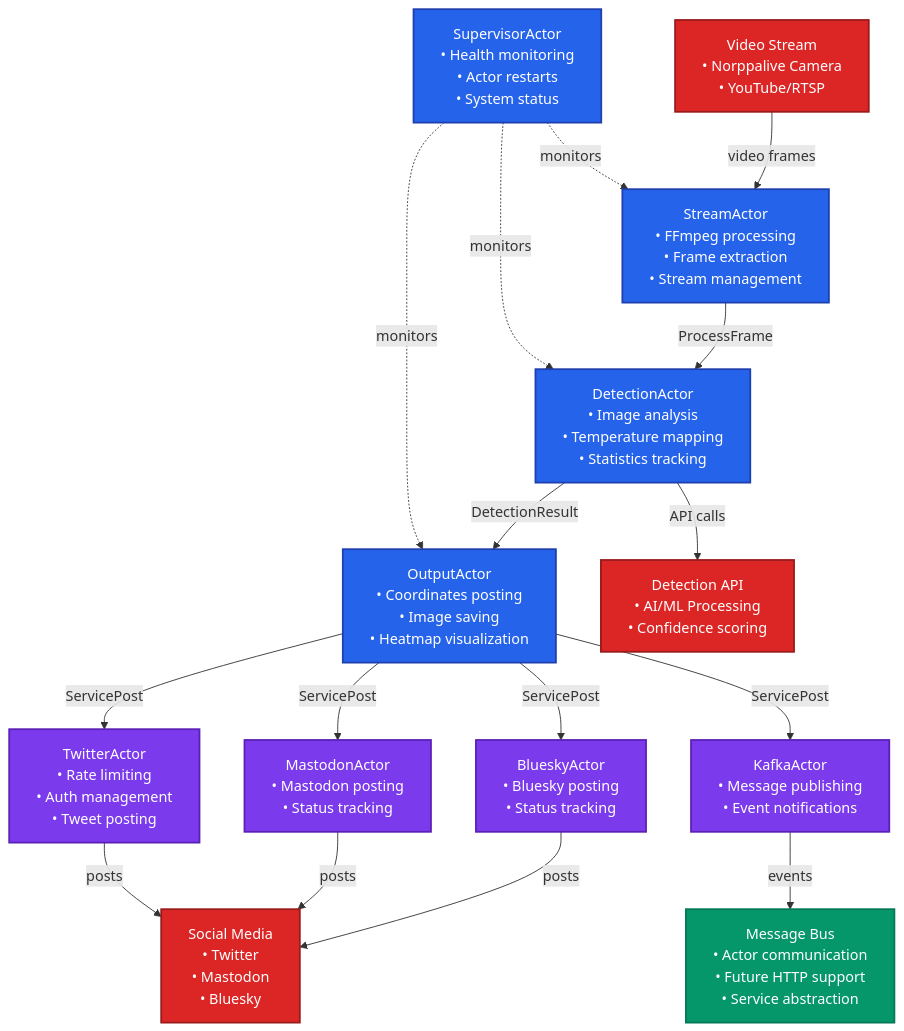
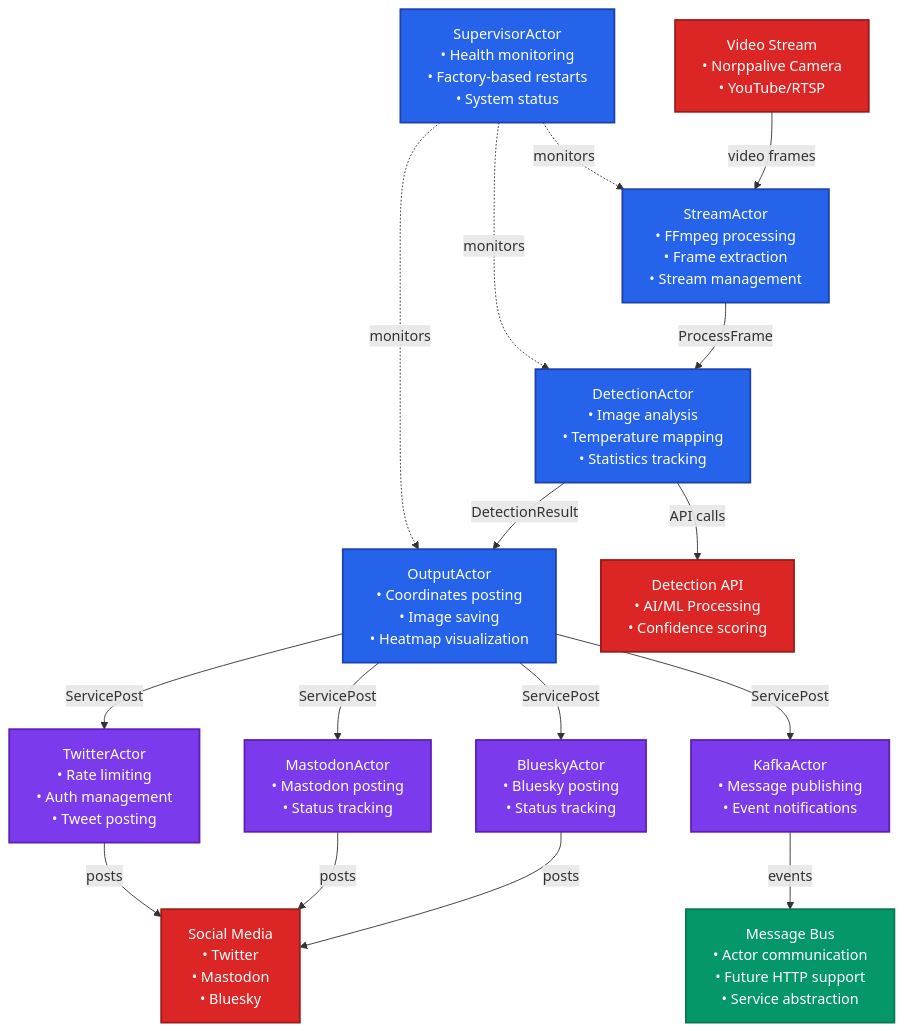
The diagram in README.md (Dilaz/norppalive_service), drawn with Mermaid before and after one commit. The commit also changed other lines of this file and 4 other files, not shown here.

Commit message:
Add proper supervisor with health monitoring

````diff
--- a/README.md
+++ b/README.md
@@ -22,53 +22,53 @@
 ```mermaid
 graph TB
     %% Core Actors
-    Supervisor[SupervisorActor<br/>• Health monitoring<br/>• Actor restarts<br/>• System status]
+    Supervisor[SupervisorActor<br/>• Health monitoring<br/>• Factory-based restarts<br/>• System status]
     Stream[StreamActor<br/>• FFmpeg processing<br/>• Frame extraction<br/>• Stream management]
     Detection[DetectionActor<br/>• Image analysis<br/>• Temperature mapping<br/>• Statistics tracking]
     Output[OutputActor<br/>• Coordinates posting<br/>• Image saving<br/>• Heatmap visualization]
     
     %% Service Actors
     Twitter[TwitterActor<br/>• Rate limiting<br/>• Auth management<br/>• Tweet posting]
     Mastodon[MastodonActor<br/>• Mastodon posting<br/>• Status tracking]
     Bluesky[BlueskyActor<br/>• Bluesky posting<br/>• Status tracking]
     Kafka[KafkaActor<br/>• Message publishing<br/>• Event notifications]
     
     %% Message Bus
     MessageBus[Message Bus<br/>• Actor communication<br/>• Future HTTP support<br/>• Service abstraction]
     
     %% External Systems
     API[Detection API<br/>• AI/ML Processing<br/>• Confidence scoring]
     StreamSource[Video Stream<br/>• Norppalive Camera<br/>• YouTube/RTSP]
     SocialMedia[Social Media<br/>• Twitter<br/>• Mastodon<br/>• Bluesky]
     
     %% Message Flow
     Supervisor -.->|monitors| Stream
     Supervisor -.->|monitors| Detection
     Supervisor -.->|monitors| Output
     
     StreamSource -->|video frames| Stream
     Stream -->|ProcessFrame| Detection
     Detection -->|DetectionResult| Output
     Detection -->|API calls| API
     
     Output -->|ServicePost| Twitter
     Output -->|ServicePost| Mastodon
     Output -->|ServicePost| Bluesky
     Output -->|ServicePost| Kafka
     
     Twitter -->|posts| SocialMedia
     Mastodon -->|posts| SocialMedia
     Bluesky -->|posts| SocialMedia
     Kafka -->|events| MessageBus
     
     %% Styling - Dark mode friendly colors
     classDef actor fill:#2563eb,stroke:#1e40af,stroke-width:2px,color:#ffffff
     classDef service fill:#7c3aed,stroke:#5b21b6,stroke-width:2px,color:#ffffff
     classDef external fill:#dc2626,stroke:#991b1b,stroke-width:2px,color:#ffffff
     classDef system fill:#059669,stroke:#047857,stroke-width:2px,color:#ffffff
     
     class Supervisor,Stream,Detection,Output actor
     class Twitter,Mastodon,Bluesky,Kafka service
     class API,StreamSource,SocialMedia external
     class MessageBus system
 ```
````
